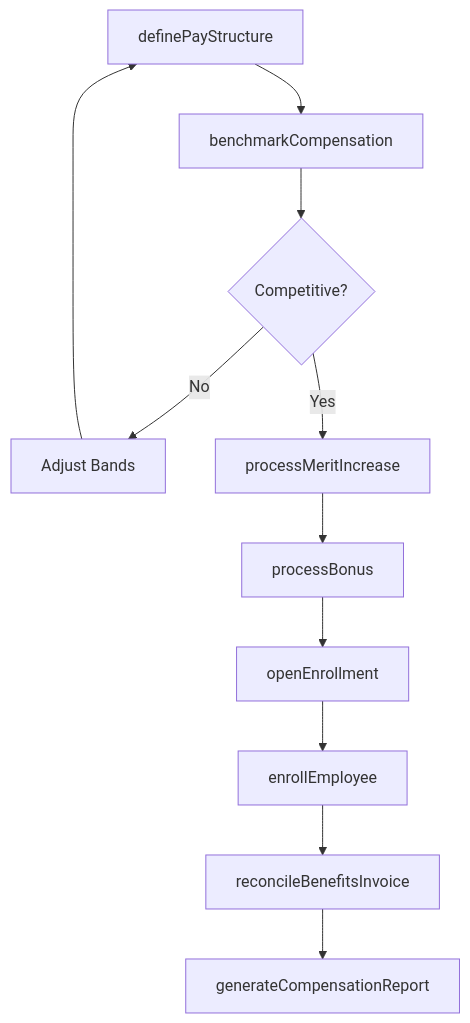
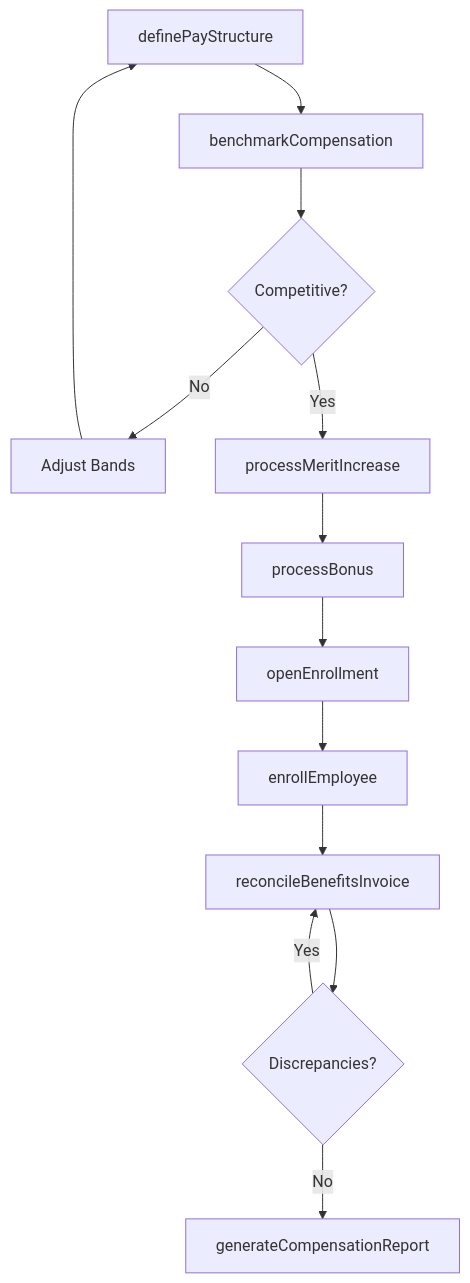
The third of 4 diagrams in StaffingOrganizationalUnits/PerformHumanResourcesActivities/AdministerCompensationBenefitsPrograms.mdx (dot-org-ai/tasks.org.ai), drawn with Mermaid before and after one commit. The commit also changed other lines of this file and 266 other files, not shown here.

First line of the commit message:
feat: Add ER diagrams, state diagrams to wave 2 batch (251 DWA files)

````diff
--- a/StaffingOrganizationalUnits/PerformHumanResourcesActivities/AdministerCompensationBenefitsPrograms.mdx
+++ b/StaffingOrganizationalUnits/PerformHumanResourcesActivities/AdministerCompensationBenefitsPrograms.mdx
@@ -91,13 +119,15 @@
 ```mermaid
 graph TD
     A[definePayStructure] --> B[benchmarkCompensation]
     B --> C{Competitive?}
     C -->|No| D[Adjust Bands]
     D --> A
     C -->|Yes| E[processMeritIncrease]
     E --> F[processBonus]
     F --> G[openEnrollment]
     G --> H[enrollEmployee]
     H --> I[reconcileBenefitsInvoice]
-    I --> J[generateCompensationReport]
+    I --> J{Discrepancies?}
+    J -->|Yes| I
+    J -->|No| K[generateCompensationReport]
 ```
````
